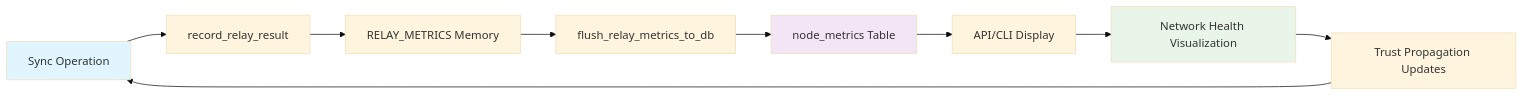
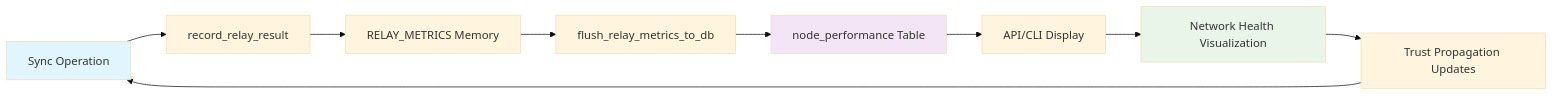
The third of 3 diagrams in spec/03-architecture.md (ekwator/truth-training), drawn with Mermaid (base theme) before and after one commit. The commit also changed other lines of this file and 17 other files, not shown here.

````diff
--- a/spec/03-architecture.md
+++ b/spec/03-architecture.md
@@ -148,15 +148,15 @@
 ```mermaid
 flowchart LR
   A[Sync Operation] --> B[record_relay_result]
   B --> C[RELAY_METRICS Memory]
   C --> D[flush_relay_metrics_to_db]
-  D --> E[node_metrics Table]
+  D --> E[node_performance Table]
   E --> F[API/CLI Display]
   F --> G[Network Health Visualization]
   G --> H[Trust Propagation Updates]
   H --> A
   
   style A fill:#e1f5fe
   style E fill:#f3e5f5
   style G fill:#e8f5e8
 ```
````
